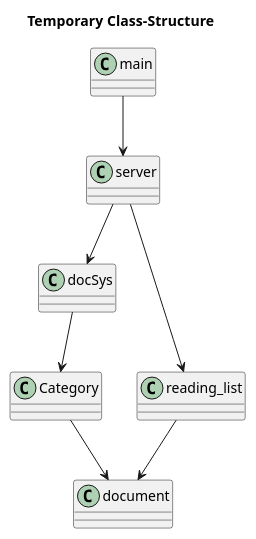
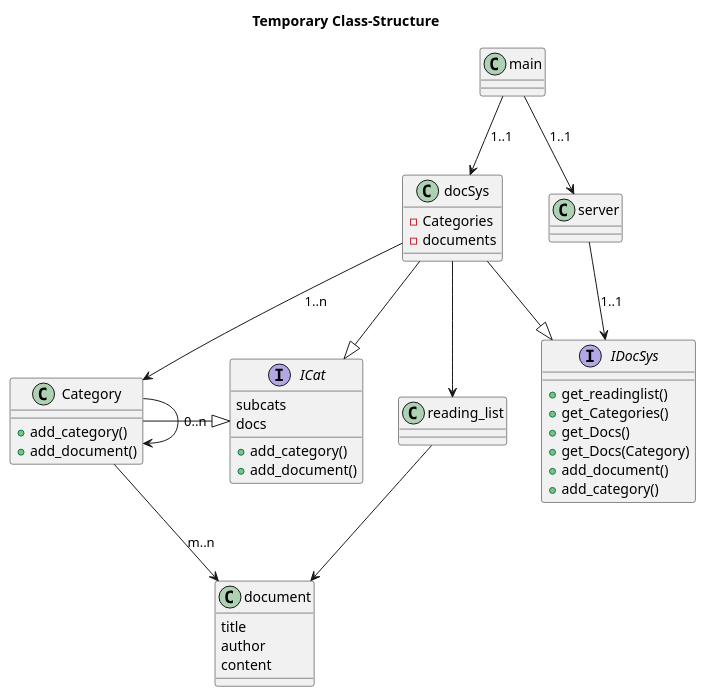
The diagram in documentation/Classes.puml (fgottong/documentsystem_rust), drawn with PlantUML before and after one commit. The commit also changed 4 other files, not shown here.

Commit message:
add | added files for Category and DocSys too improve data model

```diff
--- a/documentation/Classes.puml
+++ b/documentation/Classes.puml
@@ -1,23 +1,65 @@
 @startuml
 title Temporary Class-Structure
 class main{}
 
-class document{} 
+class document{
+    title
+    author
+    content
+} 
 
-class server{} 
+class server{
+} 
 
-class docSys{}
+class docSys{
+    - Categories
+    - documents
+}
 
-class Category{} 
+interface  IDocSys{
+    + get_readinglist()
+    + get_Categories()
+    + get_Docs()
+    + get_Docs(Category)
+    + add_document()
+    + add_category()
+}
+
+interface ICat{
+    subcats
+    docs
+    + add_category()
+    + add_document()
+}
+
+class Category{
+    + add_category()
+    + add_document()
+} 
 
 class reading_list{}
 
-main --> server 
-server --> docSys
-server --> reading_list
-docSys --> Category
-Category --> document  
+main --> server : 1..1
+main --> docSys : 1..1
+
+
+docSys-|>IDocSys
+server --> IDocSys : 1..1
+
+
+docSys --> reading_list
+docSys --> Category : 1..n
+
+docSys-|>ICat
+Category-|>ICat
+
+Category --> document  : m..n
+Category --> Category  : 0..n
 
 reading_list --> document
 
+'circle IDOD 
+'IDOD -- docSys
+' server -(0- docSys
+
 @enduml
```
